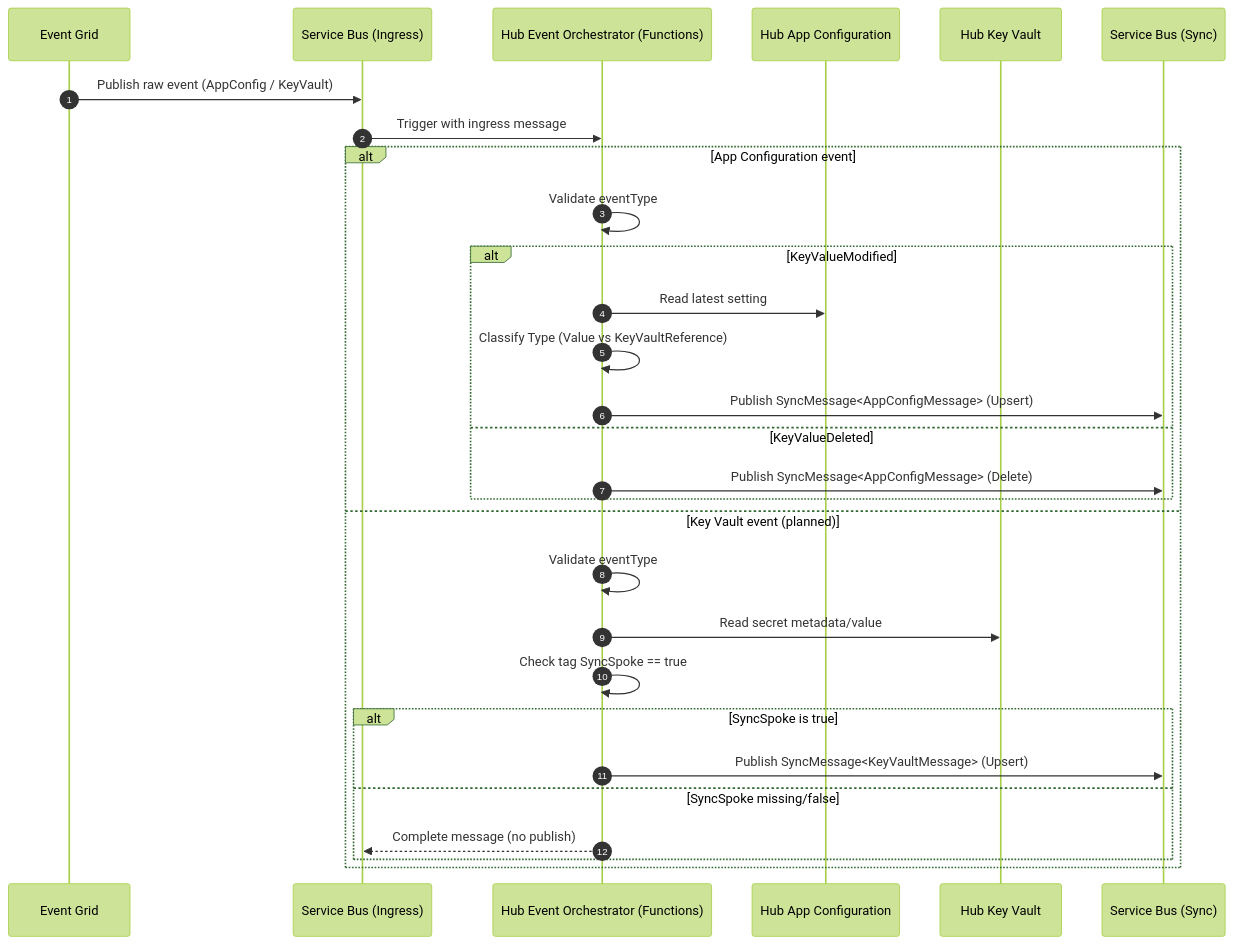
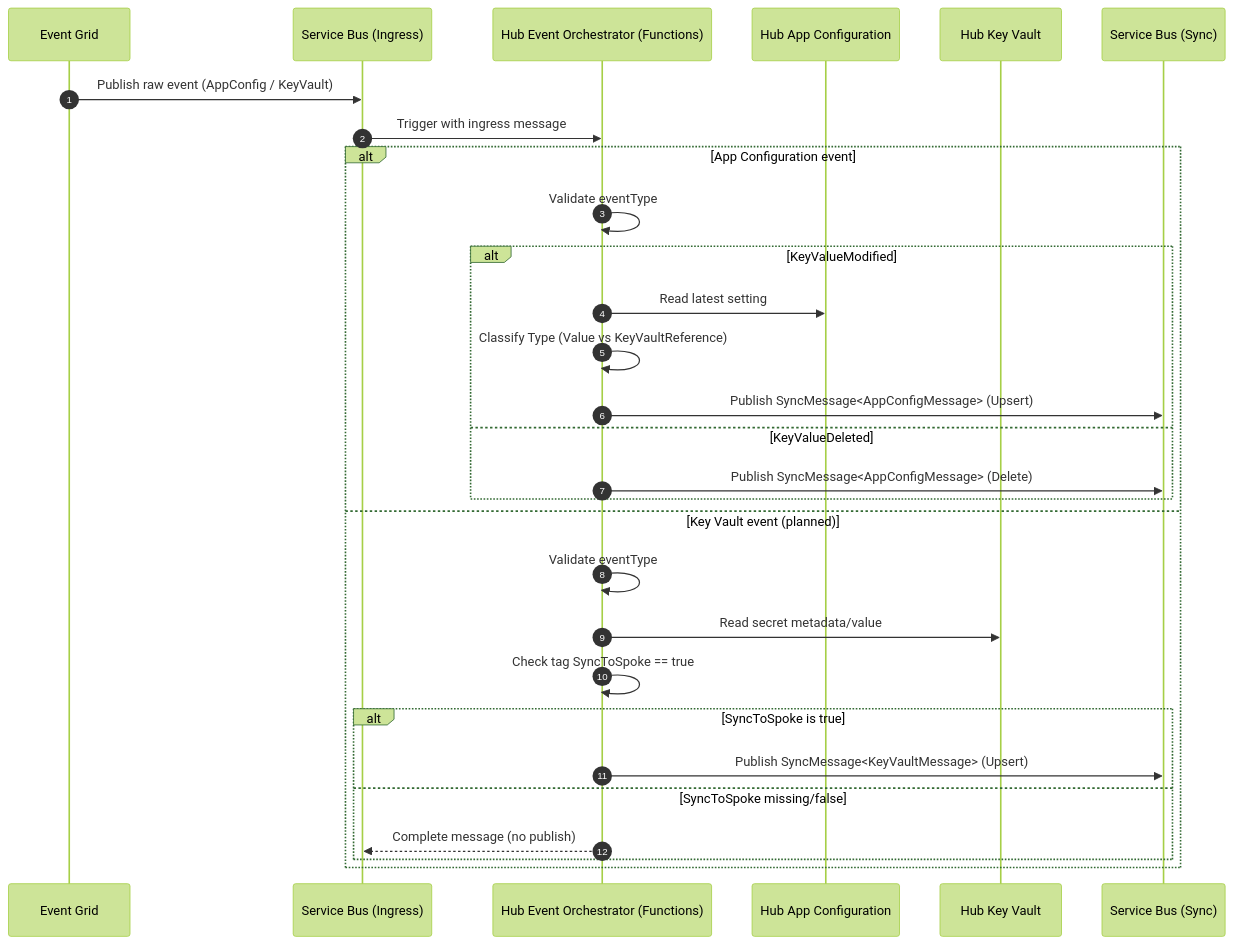
Before and after one commit to sowens81/aep-cmo-azure-enterprise-platform-config-management-orchestrator: the third of 4 diagrams in docs/Architecture.md, drawn with Mermaid (forest theme). The commit also changed other lines of this file and 19 other files, not shown here.

````diff
--- a/docs/Architecture.md
+++ b/docs/Architecture.md
@@ -253,33 +253,33 @@
 ```mermaid
 sequenceDiagram
   autonumber
   participant EG as Event Grid
   participant SBI as Service Bus (Ingress)
   participant HF as Hub Event Orchestrator (Functions)
   participant HAC as Hub App Configuration
   participant HKV as Hub Key Vault
   participant SBS as Service Bus (Sync)
 
   EG->>SBI: Publish raw event (AppConfig / KeyVault)
   SBI->>HF: Trigger with ingress message
 
   alt App Configuration event
     HF->>HF: Validate eventType
     alt KeyValueModified
       HF->>HAC: Read latest setting
       HF->>HF: Classify Type (Value vs KeyVaultReference)
       HF->>SBS: Publish SyncMessage<AppConfigMessage> (Upsert)
     else KeyValueDeleted
       HF->>SBS: Publish SyncMessage<AppConfigMessage> (Delete)
     end
   else Key Vault event (planned)
     HF->>HF: Validate eventType
     HF->>HKV: Read secret metadata/value
-    HF->>HF: Check tag SyncSpoke == true
-    alt SyncSpoke is true
+    HF->>HF: Check tag SyncToSpoke == true
+    alt SyncToSpoke is true
       HF->>SBS: Publish SyncMessage<KeyVaultMessage> (Upsert)
-    else SyncSpoke missing/false
+    else SyncToSpoke missing/false
       HF-->>SBI: Complete message (no publish)
     end
   end
 ```
````
